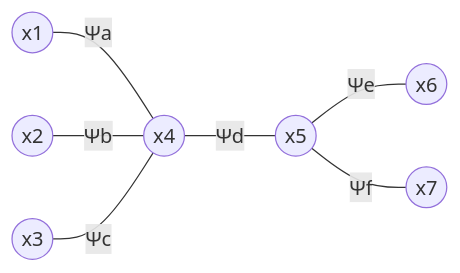
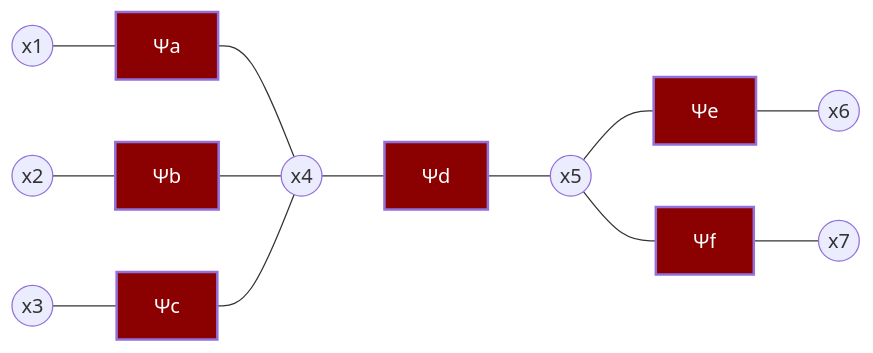
The fifth of 5 diagrams in src/routes/blog/hamux-is-a-probabilistic-factor-graph.qmd (bhoov/bhoov.github.io), drawn with Mermaid before and after one commit. The commit also changed other lines of this file and 2 other files, not shown here.

````diff
--- a/src/routes/blog/hamux-is-a-probabilistic-factor-graph.qmd
+++ b/src/routes/blog/hamux-is-a-probabilistic-factor-graph.qmd
@@ -311,9 +321,39 @@
 ```{mermaid}
 flowchart LR
-    x1((x1)) ---|Ψa| x4((x4))
-    x2((x2)) ---|Ψb| x4
-    x3((x3)) ---|Ψc| x4
-    x4 ---|Ψd| x5((x5))
-    x5 ---|Ψe| x6((x6))
-    x5 ---|Ψf| x7((x7))
+classDef factor fill:darkred,color:white,stroke-width:2px;
+classDef prior fill:teal,color:black,stroke-width:2px;
+
+x1((x1)) --- fa[Ψa]
+%% x1 --- f1[ɸ1]
+fa --- x4((x4))
+%% x4 --- f4[ɸ4]
+x2((x2)) --- fb[Ψb]
+%% x2 --- f2[ɸ2]
+fb --- x4
+x3((x3)) --- fc[Ψc]
+%% x3 --- f3[ɸ3]
+fc --- x4
+x4 --- fd[Ψd]
+fd --- x5((x5))
+%% x5 --- f5[ɸ5]
+x5 --- fe[Ψe]
+fe --- x6((x6))
+%% x6 --- f6[ɸ6]
+x5 --- ff[Ψf]
+ff --- x7((x7))
+%% x7 --- f7[ɸ7]
+
+class fa factor;
+class fb factor;
+class fc factor;
+class fd factor;
+class fe factor;
+class ff factor;
+class f1 prior;
+class f2 prior;
+class f3 prior;
+class f4 prior;
+class f5 prior;
+class f6 prior;
+class f7 prior;
 ```
````
